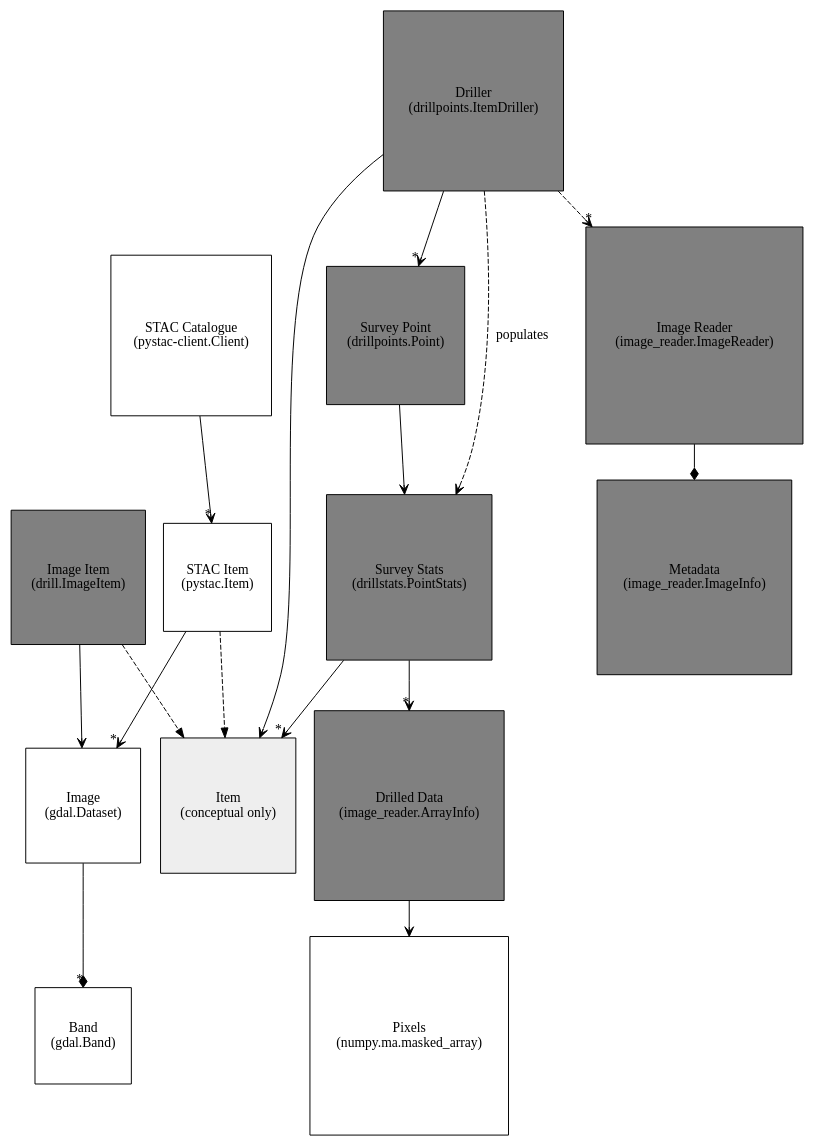
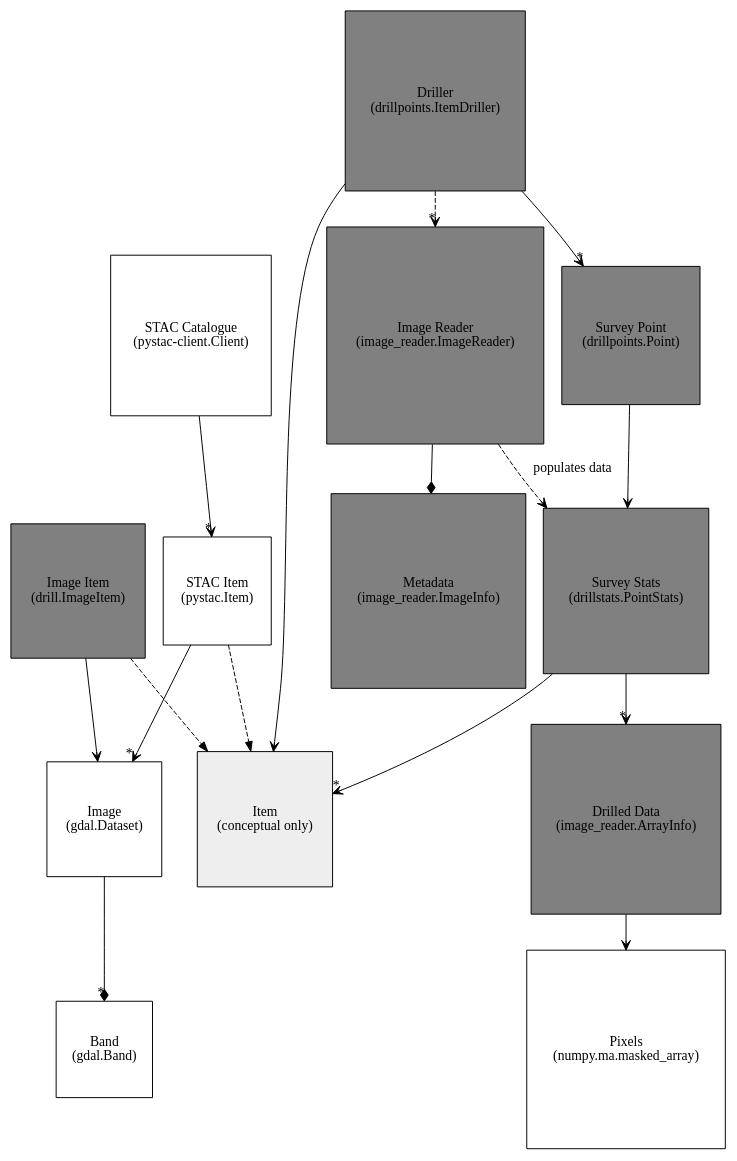
Before and after one commit to cibolabs/pixeldriller: the diagram in doc/source/structure.dot, drawn with Graphviz. The commit also changed 15 other files, not shown here.

```diff
--- a/doc/source/structure.dot
+++ b/doc/source/structure.dot
@@ -1,64 +1,64 @@
 digraph Structure {
     splines="TRUE";
 
     /* Entities */
     /* pixdrill classes */
     node [shape="square" style="filled" fillcolor="grey"]
     ImageItem [label="Image Item\n(drill.ImageItem)"]
     ImageReader [label="Image Reader\n(image_reader.ImageReader)"]
     ImageInfo [label="Metadata\n(image_reader.ImageInfo)"]
     Point [label="Survey Point\n(drillpoints.Point)"]
     PointStats [label="Survey Stats\n(drillstats.PointStats)"]
     Driller [label="Driller\n(drillpoints.ItemDriller)"]
     ArrayInfo [label="Drilled Data\n(image_reader.ArrayInfo)"]
     /* Class from other packages */
     Item [label="Item\n(conceptual only)" fillcolor="#eeeeee"]
     node [shape="square", style=""]
     StacItem [label="STAC Item\n(pystac.Item)"]
     StacCatalogue [label="STAC Catalogue\n(pystac-client.Client)"]
     Image [label="Image\n(gdal.Dataset)"]
     Band [label="Band\n(gdal.Band)"]
     PixelData [label="Pixels\n(numpy.ma.masked_array)"]
 
     
     /* Inheritance Relationships */
     edge [arrowhead="o"]
 
     /* Associations */
     edge [arrowhead="vee"]
     StacItem -> Image[headlabel="*"]
     ImageItem -> Image
     PointStats -> Item[headlabel="*"]
     Driller -> Item
     StacCatalogue -> StacItem[headlabel="*"]
     Point -> PointStats
     PointStats -> ArrayInfo[headlabel="*"]
     Driller -> Point[headlabel="*"]
     ArrayInfo -> PixelData
 
     /* Compositions */
     edge [arrowhead="diamond"]
     ImageReader -> ImageInfo
     Image -> Band[headlabel="*"]
 
     /* Dependencies */
     edge [arrowhead="vee" style="dashed"]
     Driller -> ImageReader[headlabel="*"]
-    Driller -> PointStats[label="populates"]
+    ImageReader -> PointStats[label="populates data"]
 
     /* Realisations */
     edge [arrowhead="normal" style="dashed"]
     StacItem -> Item
     ImageItem -> Item
 
 
 
     /* Notes */
     /*(ItemNote [label="Add comment here", shape="note"]
     edge [arrowhead="odiamond"]
     ItemNote -> Item*/
     
     /* Ranks ?? */
     /*{ rank=same; StacItem; ImageItem}*/
     /*{ rank=same; Image};*/
 }
```
